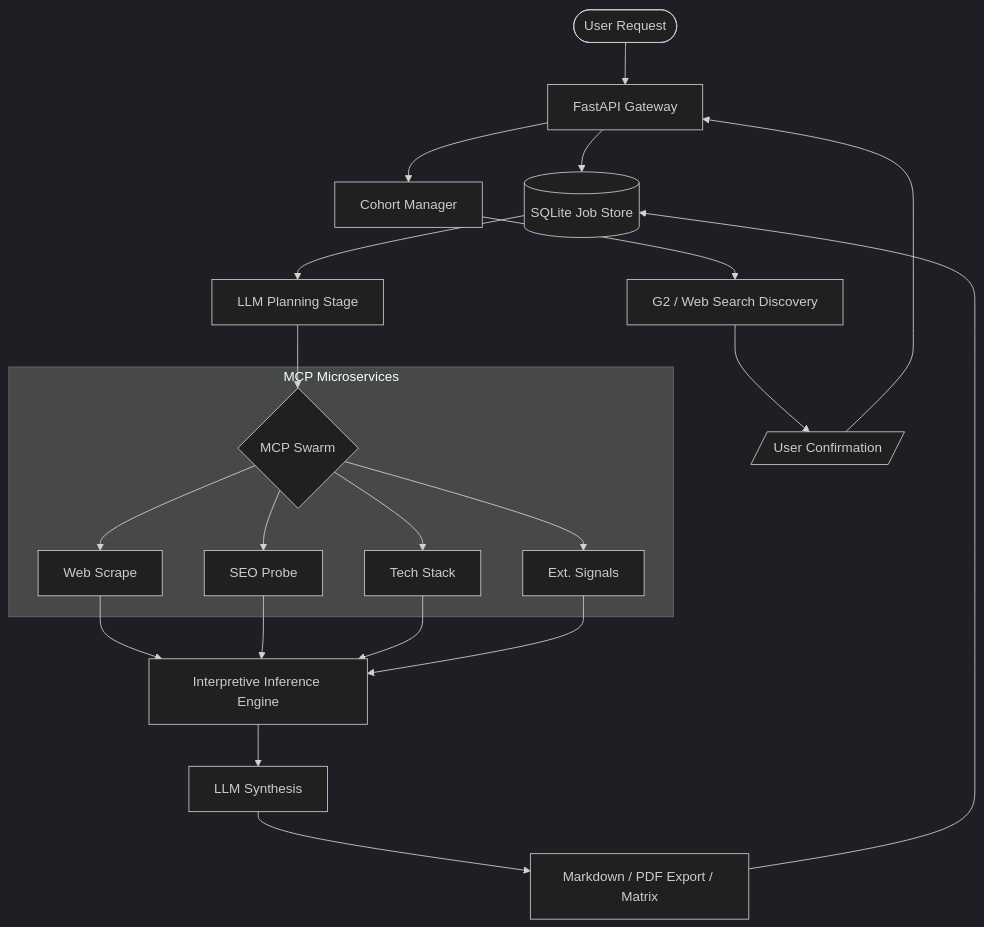
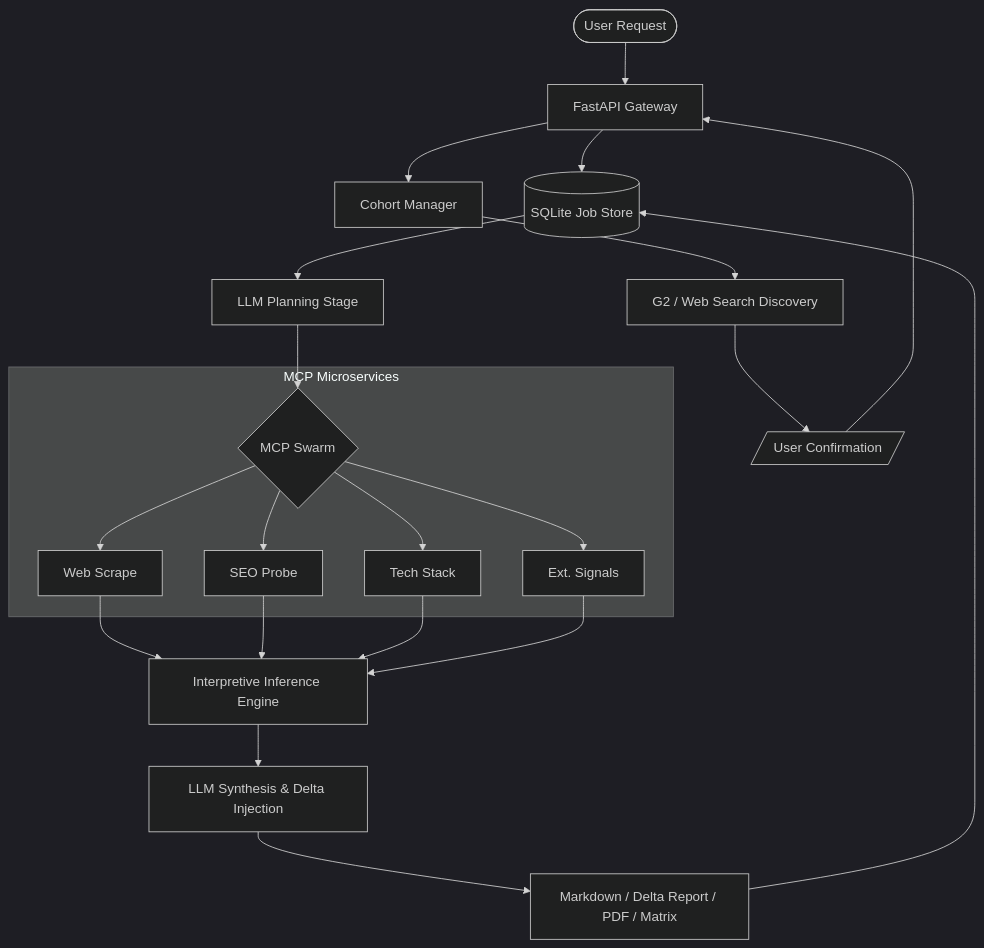
Before and after one commit to technoir7/signal_analyst: the diagram in README.md, drawn with Mermaid (dark theme). The commit also changed other lines of this file and 4 other files, not shown here.

````diff
--- a/README.md
+++ b/README.md
@@ -172,24 +174,24 @@
 ```mermaid
 graph TD
     User([User Request]) --> API[FastAPI Gateway]
     API --> Cohort[Cohort Manager]
     Cohort --> Discovery[G2 / Web Search Discovery]
     Discovery --> UserConfirm[/User Confirmation/]
     UserConfirm --> API
     
     API --> JobQueue[(SQLite Job Store)]
     JobQueue --> LLMPlan[LLM Planning Stage]
     LLMPlan --> MCP_Swarm{MCP Swarm}
     
     subgraph MCP Microservices
     MCP_Swarm --> WS[Web Scrape]
     MCP_Swarm --> SEO[SEO Probe]
     MCP_Swarm --> TS[Tech Stack]
     MCP_Swarm --> EXT[Ext. Signals]
     end
     
     WS & SEO & TS & EXT --> INF[Interpretive Inference Engine]
-    INF --> LLMSynth[LLM Synthesis]
-    LLMSynth --> FinalReport[Markdown / PDF Export / Matrix]
+    INF --> LLMSynth[LLM Synthesis & Delta Injection]
+    LLMSynth --> FinalReport[Markdown / Delta Report / PDF / Matrix]
     FinalReport --> JobQueue
 ```
````
